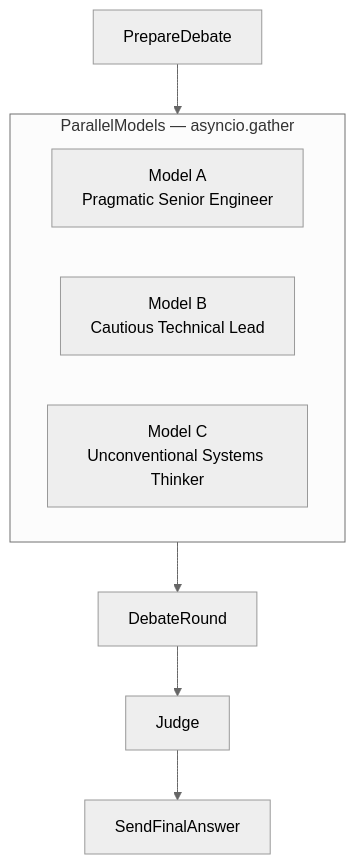
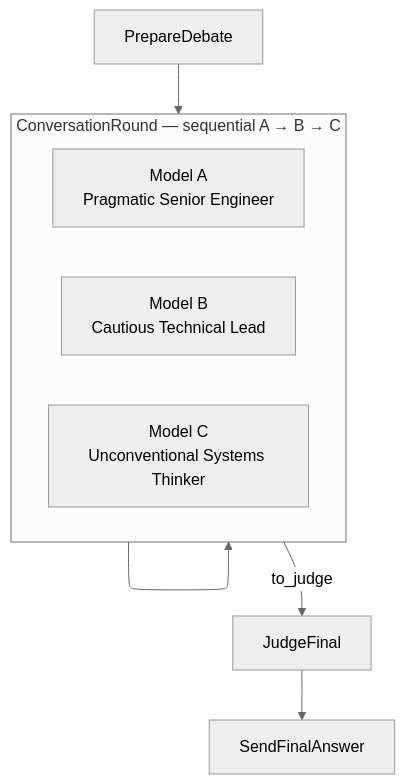
Before and after one commit to nickth3man/agents: the diagram in test/chat/README.md, drawn with Mermaid (neutral theme). The commit also changed other lines of this file and 23 other files, not shown here.

First line of the commit message:
Refactor debate framework: remove async nodes, update prompts, and enhance judge synthesis logic

````diff
--- a/test/chat/README.md
+++ b/test/chat/README.md
@@ -37,12 +36,13 @@
 ```mermaid
 flowchart TD
-    Prepare[PrepareDebate] --> Parallel[ParallelModels]
-    subgraph Parallel[ParallelModels — asyncio.gather]
+    Prepare[PrepareDebate] --> Conversation[ConversationRound]
+    subgraph Conversation[ConversationRound — sequential A → B → C]
+        direction LR
         A[Model A\nPragmatic Senior Engineer]
         B[Model B\nCautious Technical Lead]
         C[Model C\nUnconventional Systems Thinker]
     end
-    Parallel --> Debate[DebateRound]
-    Debate --> Judge[Judge]
+    Conversation --> Conversation
+    Conversation -- to_judge --> Judge[JudgeFinal]
     Judge --> Send[SendFinalAnswer]
 ```
````
